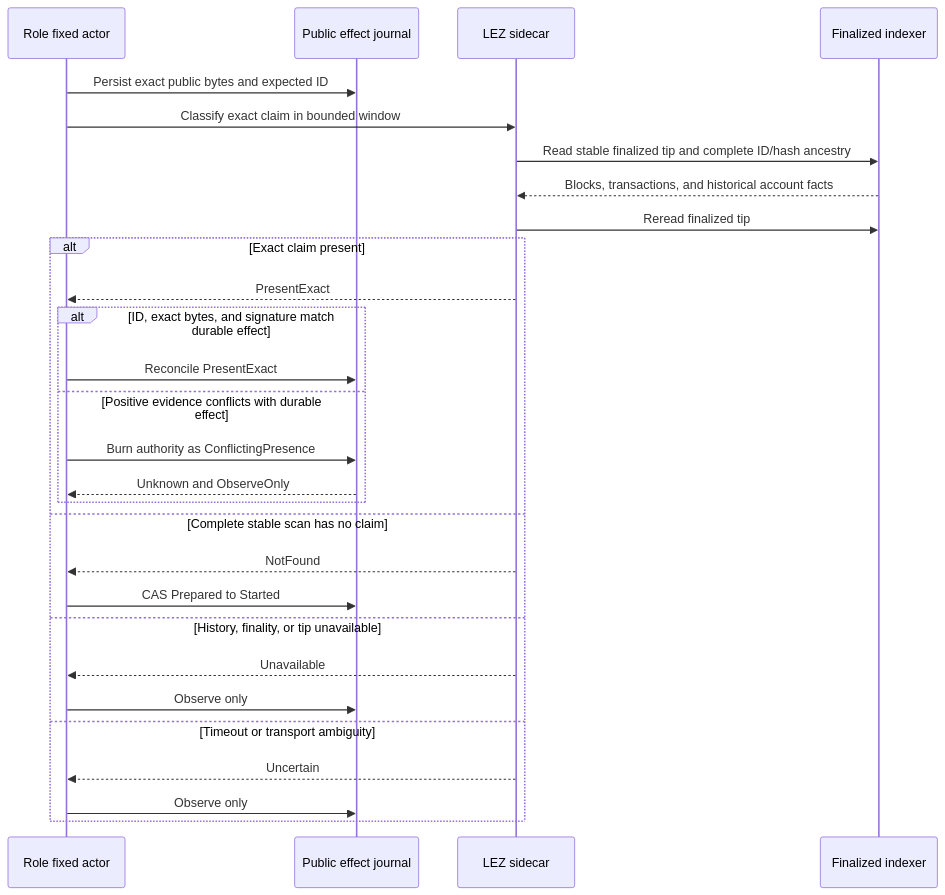
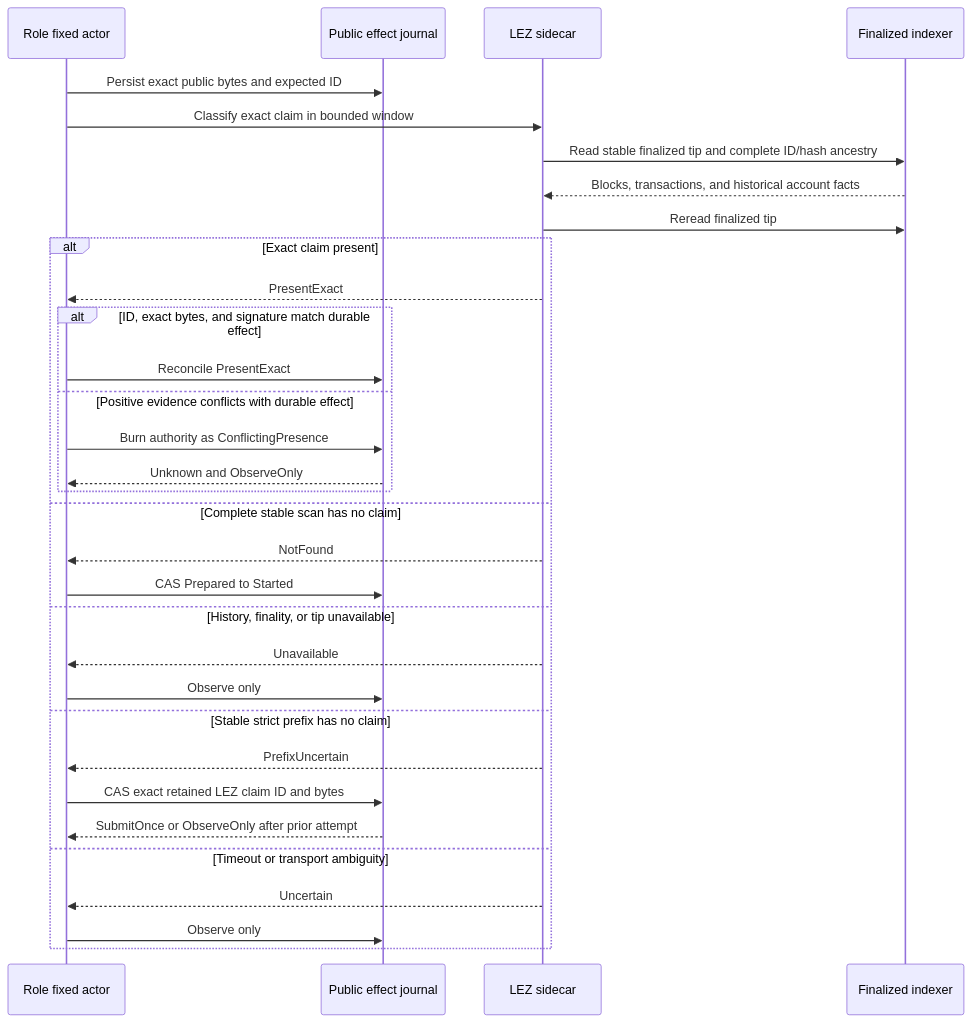
The second of 2 diagrams in docs/architecture/0036-prove-bounded-lez-claim-absence-before-first-send.md (gateway-fm/lez-atomic-swaps), drawn with Mermaid before and after one commit. The commit also changed other lines of this file and 14 other files, not shown here.

Commit message:
fix(m5): submit exact LEZ claims from finalized prefixes

````diff
--- a/docs/architecture/0036-prove-bounded-lez-claim-absence-before-first-send.md
+++ b/docs/architecture/0036-prove-bounded-lez-claim-absence-before-first-send.md
@@ -86,31 +99,35 @@
 ```mermaid
 sequenceDiagram
     participant SwapActor as Role fixed actor
     participant Journal as Public effect journal
     participant Sidecar as LEZ sidecar
     participant Indexer as Finalized indexer
 
     SwapActor->>Journal: Persist exact public bytes and expected ID
     SwapActor->>Sidecar: Classify exact claim in bounded window
     Sidecar->>Indexer: Read stable finalized tip and complete ID/hash ancestry
     Indexer-->>Sidecar: Blocks, transactions, and historical account facts
     Sidecar->>Indexer: Reread finalized tip
     alt Exact claim present
         Sidecar-->>SwapActor: PresentExact
         alt ID, exact bytes, and signature match durable effect
             SwapActor->>Journal: Reconcile PresentExact
         else Positive evidence conflicts with durable effect
             SwapActor->>Journal: Burn authority as ConflictingPresence
             Journal-->>SwapActor: Unknown and ObserveOnly
         end
     else Complete stable scan has no claim
         Sidecar-->>SwapActor: NotFound
         SwapActor->>Journal: CAS Prepared to Started
     else History, finality, or tip unavailable
         Sidecar-->>SwapActor: Unavailable
         SwapActor->>Journal: Observe only
+    else Stable strict prefix has no claim
+        Sidecar-->>SwapActor: PrefixUncertain
+        SwapActor->>Journal: CAS exact retained LEZ claim ID and bytes
+        Journal-->>SwapActor: SubmitOnce or ObserveOnly after prior attempt
     else Timeout or transport ambiguity
         Sidecar-->>SwapActor: Uncertain
         SwapActor->>Journal: Observe only
     end
 ```
````
